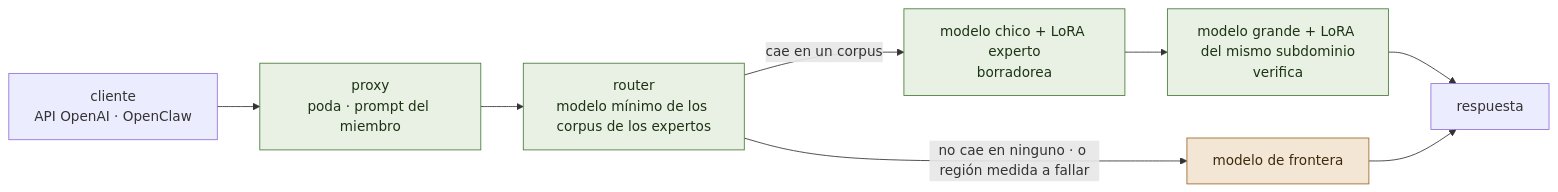
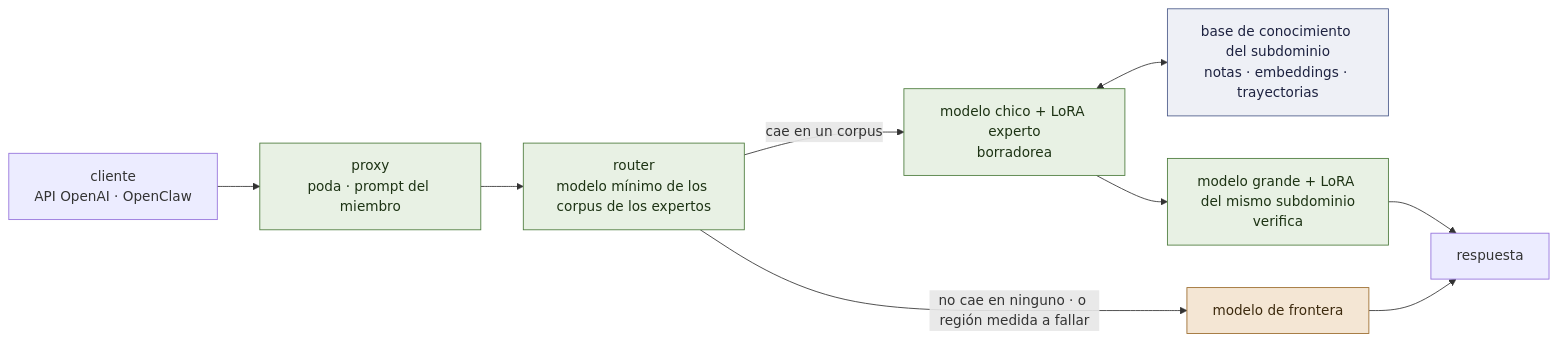
One commit to EvolvingAgentsLabs/lora-kernel changed the diagram in README.es.md. Above: the diagram before and after it, drawn with Mermaid. The commit also changed other lines of this file and 23 other files, not shown here.

````diff
--- a/README.es.md
+++ b/README.es.md
@@ -48,14 +54,17 @@
 ```mermaid
 flowchart LR
     C["cliente<br>API OpenAI · OpenClaw"] --> P["proxy<br>poda · prompt del miembro"]
     P --> R["router<br>modelo mínimo de los corpus de los expertos"]
     R -- "cae en un corpus" --> S["modelo chico + LoRA experto<br>borradorea"]
+    S <--> K["base de conocimiento del subdominio<br>notas · embeddings · trayectorias"]
     S --> L["modelo grande + LoRA del mismo subdominio<br>verifica"]
     R -- "no cae en ninguno · o región medida a fallar" --> F["modelo de frontera"]
     L --> A["respuesta"]
     F --> A
     classDef local fill:#e8f1e4,stroke:#4a7a3a,color:#1d3314
     classDef out fill:#f4e6d4,stroke:#9a6a2a,color:#3d2a0e
     class P,R,S,L local
     class F out
+    classDef art fill:#eef0f6,stroke:#4a5a8a,color:#1d2240
+    class K art
 ```
````
